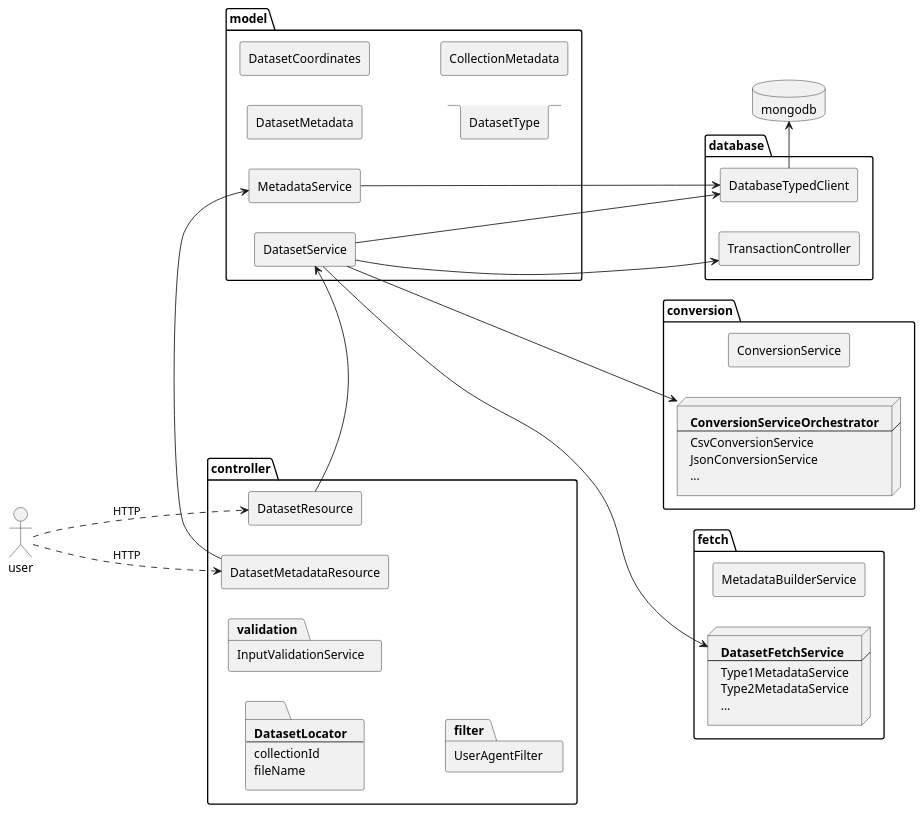
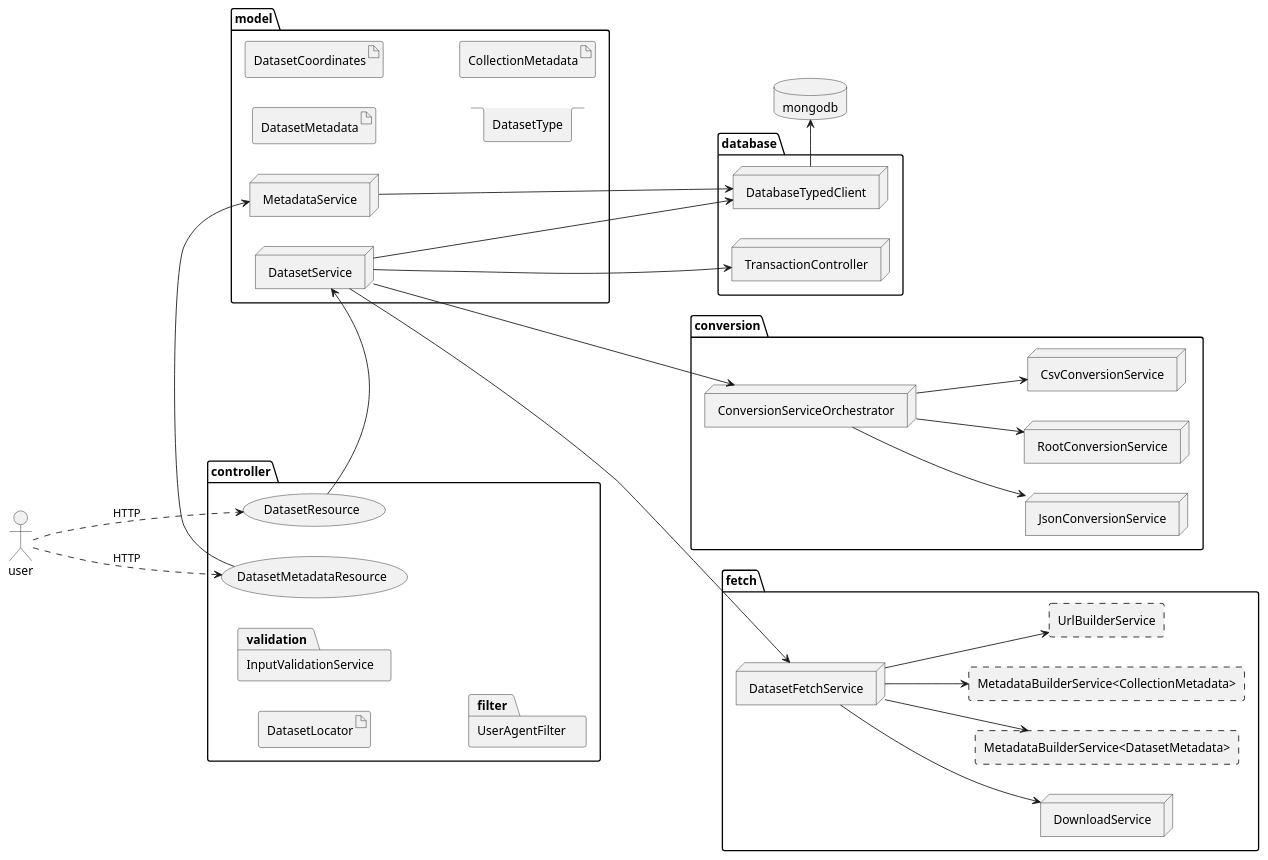
Before and after one commit to fandreuz/open-data-repository-server: the diagram in presentation/imgs/abstract-code-structure.puml, drawn with PlantUML. The commit also changed 1 other file, not shown here.

```diff
--- a/presentation/imgs/abstract-code-structure.puml
+++ b/presentation/imgs/abstract-code-structure.puml
@@ -1,74 +1,71 @@
 @startuml
 left to right direction
 
 package controller {
-  rectangle DatasetResource
-  rectangle DatasetMetadataResource
-  folder DatasetLocator [
-    <b>DatasetLocator</b>
-    ---
-    collectionId
-    fileName
-  ]
+  usecase DatasetResource
+  usecase DatasetMetadataResource
+  artifact DatasetLocator
   package validation [
     InputValidationService
   ]
   package filter [
     UserAgentFilter 
   ]
 }
 
 package model {
-  rectangle DatasetMetadata
-  rectangle DatasetCoordinates
+  artifact DatasetMetadata
+  artifact DatasetCoordinates
   stack DatasetType
-  rectangle CollectionMetadata
-  rectangle DatasetService
-  rectangle MetadataService
+  artifact CollectionMetadata
+  node DatasetService
+  node MetadataService
 }
 
 package "database" {
-  rectangle TransactionController
-  rectangle DatabaseTypedClient
+  node TransactionController
+  node DatabaseTypedClient
 }
 
 package conversion {
-  rectangle ConversionService
-  node ConversionServiceOrchestrator [
-    <b>ConversionServiceOrchestrator</b>
-    ---
-    CsvConversionService
-    JsonConversionService
-    ...
-  ]
+  node CsvConversionService
+  node JsonConversionService
+  node RootConversionService
+  node ConversionServiceOrchestrator
 }
 
 package fetch {
-  rectangle MetadataBuilderService
-  node DatasetFetchService [
-    <b>DatasetFetchService</b>
-    ---
-    Type1MetadataService
-    Type2MetadataService
-    ...
-  ]
+  rectangle "MetadataBuilderService<DatasetMetadata>" as mbsd #line.dashed 
+  rectangle "MetadataBuilderService<CollectionMetadata>" as mbsc #line.dashed 
+  rectangle UrlBuilderService #line.dashed
+  node DownloadService
+  node DatasetFetchService
 }
 
 database mongodb
 
 :user: -[dashed]d---> DatasetResource : HTTP
 :user: -[dashed]d---> DatasetMetadataResource : HTTP
 
 DatasetResource -r---> DatasetService
 DatasetMetadataResource -l---> MetadataService
 
 DatasetService ----> DatabaseTypedClient
 DatasetService ----> TransactionController
 DatasetService ----> DatasetFetchService
 DatasetService ----> ConversionServiceOrchestrator
 
 MetadataService ----> DatabaseTypedClient
 
 DatabaseTypedClient -r-> mongodb
 
+DatasetFetchService --> DownloadService
+DatasetFetchService --> mbsd
+DatasetFetchService --> mbsc
+DatasetFetchService --> UrlBuilderService
+
+ConversionServiceOrchestrator --> CsvConversionService
+ConversionServiceOrchestrator --> JsonConversionService
+ConversionServiceOrchestrator --> RootConversionService
+
 @enduml
```
